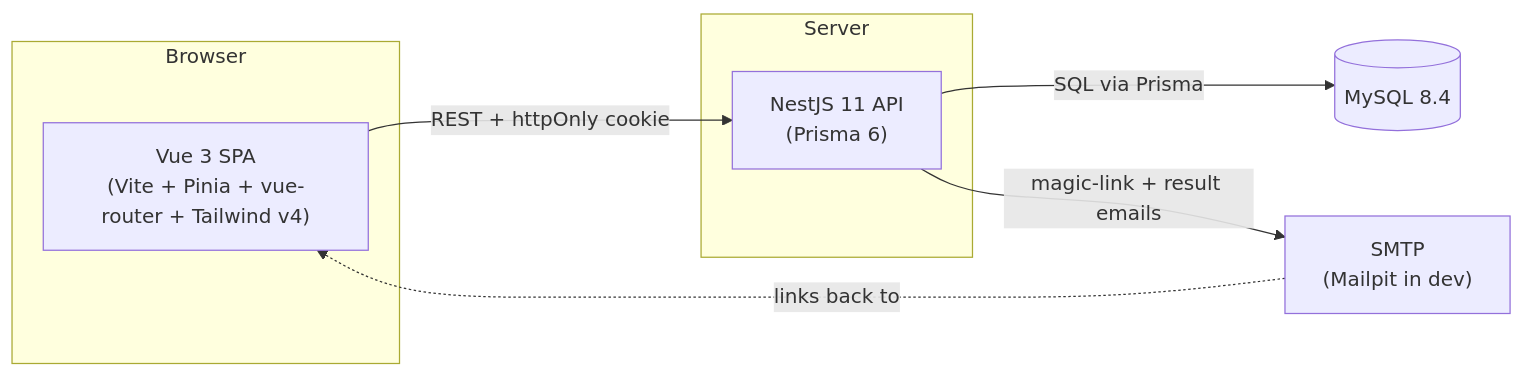
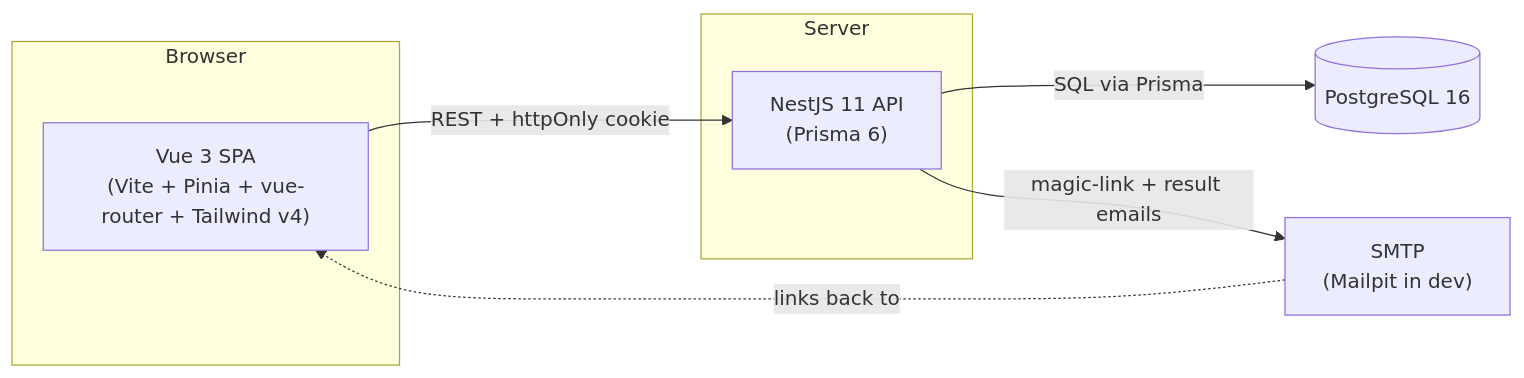
Before and after one commit to Heymanuel303/pollendar: the first of 3 diagrams in docs/DESIGN.md, drawn with Mermaid. The commit also changed other lines of this file and 30 other files, not shown here.

````diff
--- a/docs/DESIGN.md
+++ b/docs/DESIGN.md
@@ -41,16 +41,16 @@
 ```mermaid
 flowchart LR
   subgraph Browser
     SPA["Vue 3 SPA<br/>(Vite + Pinia + vue-router + Tailwind v4)"]
   end
   subgraph Server
     API["NestJS 11 API<br/>(Prisma 6)"]
   end
-  DB[("MySQL 8.4")]
+  DB[("PostgreSQL 16")]
   MAIL["SMTP<br/>(Mailpit in dev)"]
 
   SPA -- "REST + httpOnly cookie" --> API
   API -- "SQL via Prisma" --> DB
   API -- "magic-link + result emails" --> MAIL
   MAIL -. "links back to" .-> SPA
 ```
````
